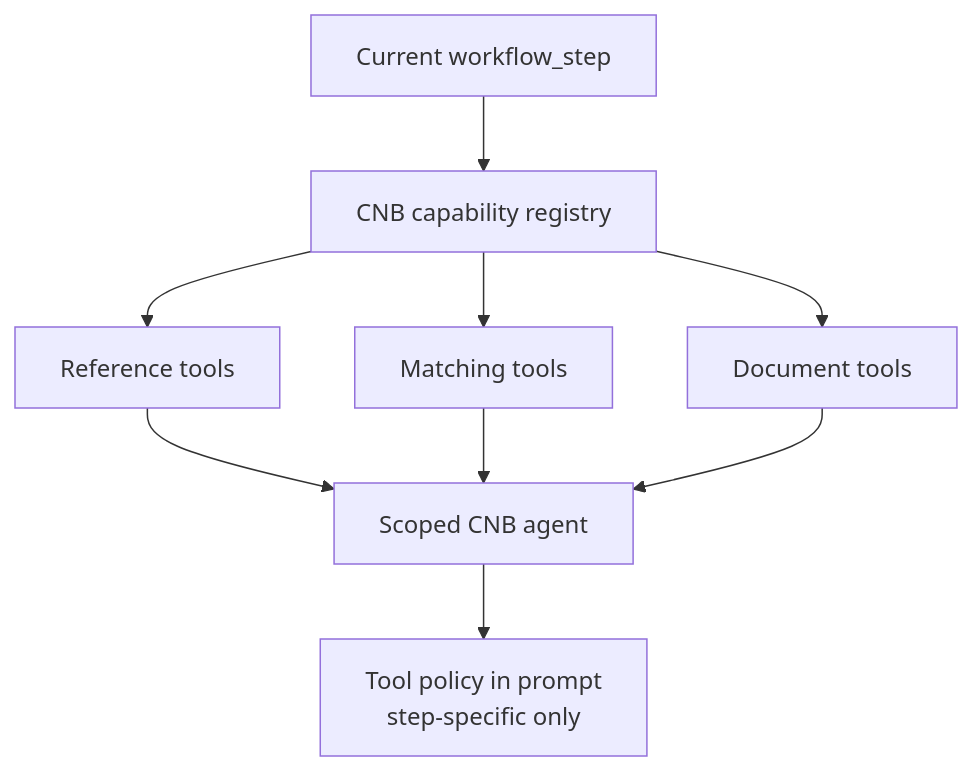
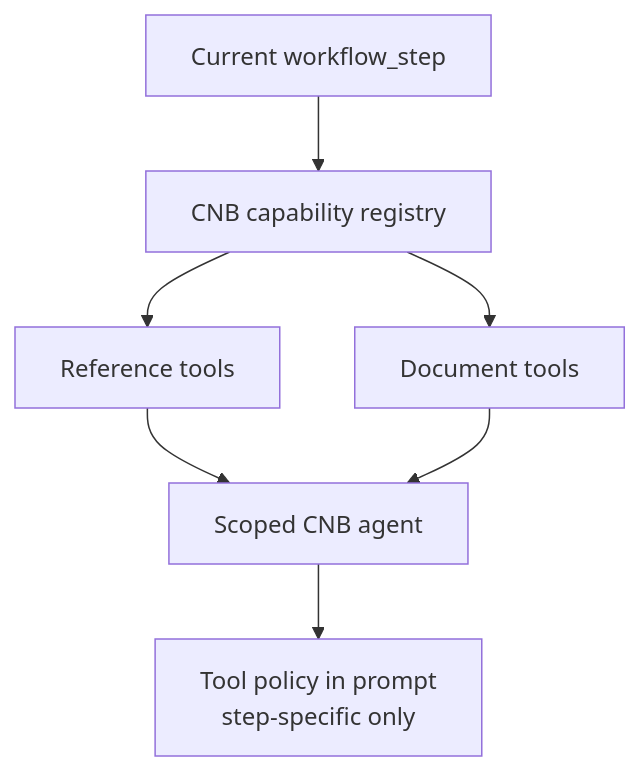
Before and after one commit to Open-Earth-Foundation/CityCatalyst: diagram 13 of 14 in docs/ConceptNoteBuilderArchitecture.md, drawn with Mermaid. The commit also changed other lines of this file and 40 other files, not shown here.

````diff
--- a/docs/ConceptNoteBuilderArchitecture.md
+++ b/docs/ConceptNoteBuilderArchitecture.md
@@ -1659,13 +1718,11 @@
 ```mermaid
 flowchart TB
     Step["Current workflow_step"] --> Registry["CNB capability registry"]
     Registry --> ReferenceTools["Reference tools"]
-    Registry --> MatchingTools["Matching tools"]
     Registry --> DocTools["Document tools"]
 
     ReferenceTools --> Agent["Scoped CNB agent"]
-    MatchingTools --> Agent
     DocTools --> Agent
 
     Agent --> Rules["Tool policy in prompt<br/>step-specific only"]
 ```
````
